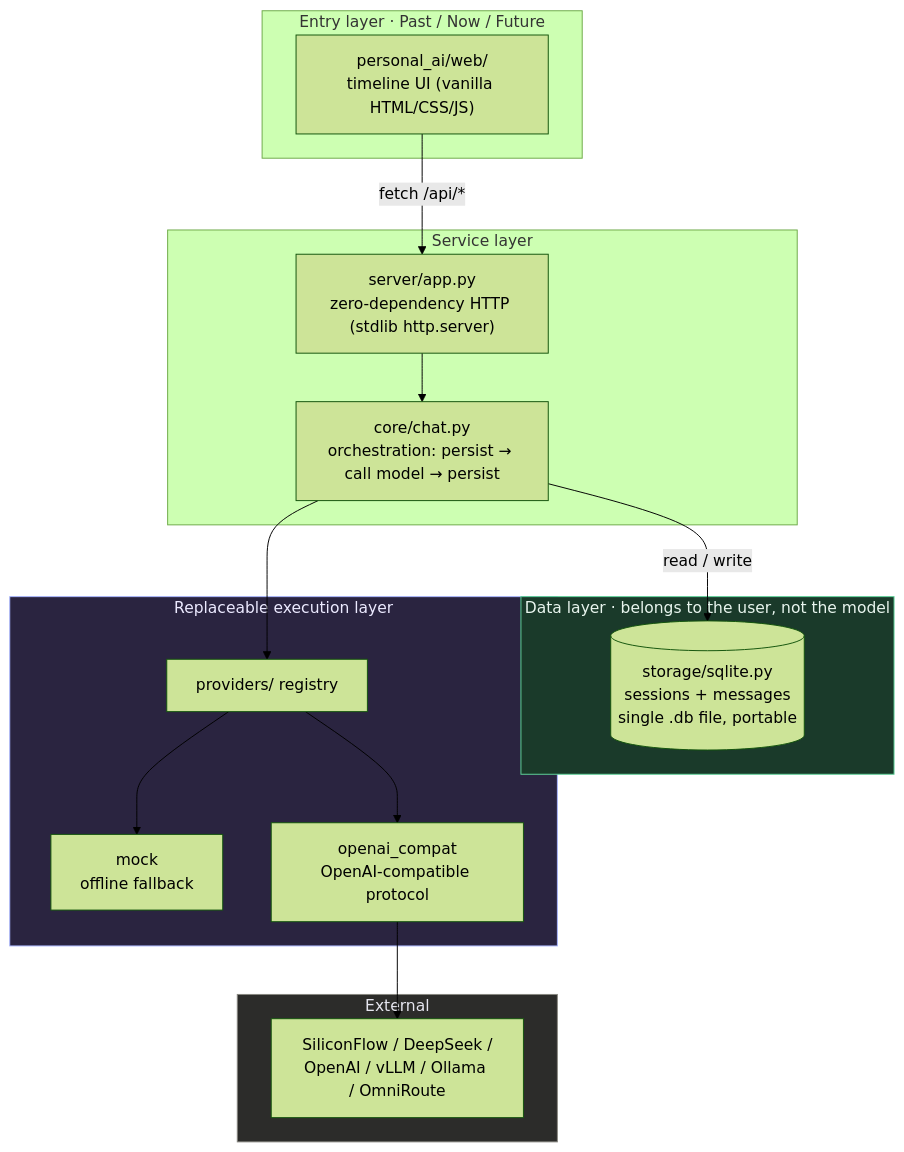
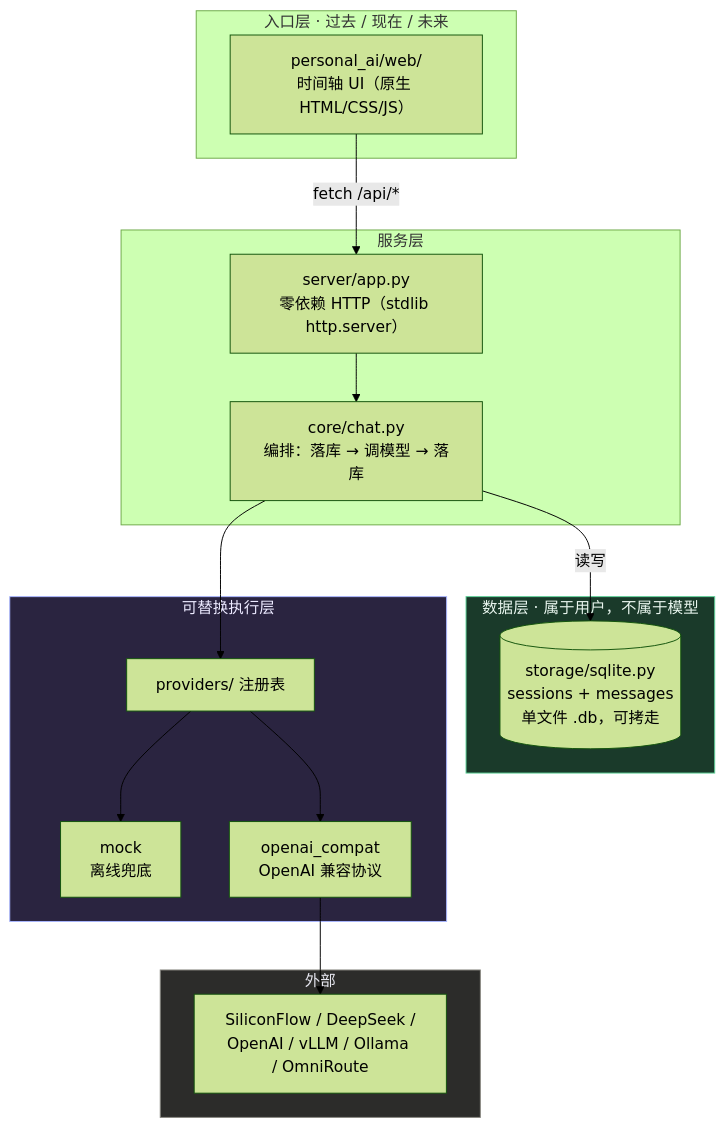
Before and after one commit to gangrenboqe/personal-ai: the diagram in README.md, drawn with Mermaid (forest theme). The commit also changed other lines of this file and 8 other files, not shown here.

````diff
--- a/README.md
+++ b/README.md
@@ -166,37 +71,37 @@
 ```mermaid
 graph TB
-    subgraph UI["Entry layer · Past / Now / Future"]
-        WEB["personal_ai/web/<br/>timeline UI (vanilla HTML/CSS/JS)"]
+    subgraph UI["入口层 · 过去 / 现在 / 未来"]
+        WEB["personal_ai/web/<br/>时间轴 UI（原生 HTML/CSS/JS）"]
     end
 
-    subgraph SERVER["Service layer"]
-        HTTP["server/app.py<br/>zero-dependency HTTP (stdlib http.server)"]
-        CORE["core/chat.py<br/>orchestration: persist → call model → persist"]
+    subgraph SERVER["服务层"]
+        HTTP["server/app.py<br/>零依赖 HTTP（stdlib http.server）"]
+        CORE["core/chat.py<br/>编排：落库 → 调模型 → 落库"]
     end
 
-    subgraph DATA["Data layer · belongs to the user, not the model"]
-        DB[("storage/sqlite.py<br/>sessions + messages<br/>single .db file, portable")]
+    subgraph DATA["数据层 · 属于用户，不属于模型"]
+        DB[("storage/sqlite.py<br/>sessions + messages<br/>单文件 .db，可拷走")]
     end
 
-    subgraph EXEC["Replaceable execution layer"]
-        REG["providers/ registry"]
-        P1["mock<br/>offline fallback"]
-        P2["openai_compat<br/>OpenAI-compatible protocol"]
+    subgraph EXEC["可替换执行层"]
+        REG["providers/ 注册表"]
+        P1["mock<br/>离线兜底"]
+        P2["openai_compat<br/>OpenAI 兼容协议"]
     end
 
-    subgraph EXT["External"]
+    subgraph EXT["外部"]
         M1["SiliconFlow / DeepSeek /<br/>OpenAI / vLLM / Ollama / OmniRoute"]
     end
 
     WEB -->|"fetch /api/*"| HTTP
     HTTP --> CORE
-    CORE -->|"read / write"| DB
+    CORE -->|"读写"| DB
     CORE --> REG
     REG --> P1
     REG --> P2
     P2 --> M1
 
     style DATA fill:#1a3a2a,stroke:#5fd39a,color:#e8f5ee
     style EXEC fill:#2a2440,stroke:#a9b6ff,color:#eceaff
     style EXT fill:#2c2c2a,stroke:#888780,color:#e6e6ef
 ```
````
